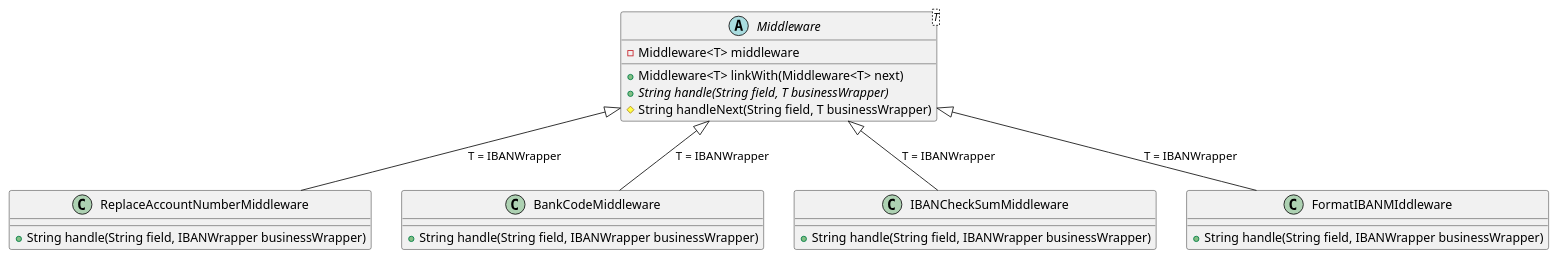
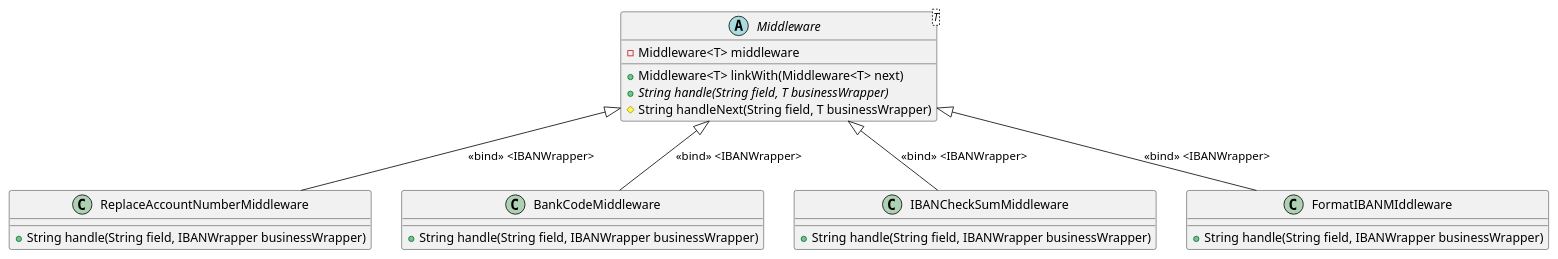
One commit to Edelmetall/LoremIpsum changed the diagram in documentation/chainOfResponsibility.puml. Above: the diagram before and after it, drawn with PlantUML. The commit also changed 3 other files, not shown here.

```diff
--- a/documentation/chainOfResponsibility.puml
+++ b/documentation/chainOfResponsibility.puml
@@ -1,39 +1,39 @@
 @startuml
 'https://plantuml.com/class-diagram
 
 abstract class Middleware<T>{
 - Middleware<T> middleware
 
 
 + Middleware<T> linkWith(Middleware<T> next)
 + {abstract} String handle(String field, T businessWrapper)
 # String handleNext(String field, T businessWrapper)
 
 }
 
 class  ReplaceAccountNumberMiddleware {
 + String handle(String field, IBANWrapper businessWrapper)
 }
 
 
 class  BankCodeMiddleware {
 + String handle(String field, IBANWrapper businessWrapper)
 }
 
 class  IBANCheckSumMiddleware {
 + String handle(String field, IBANWrapper businessWrapper)
 }
 
 class  FormatIBANMIddleware {
 + String handle(String field, IBANWrapper businessWrapper)
 }
 
-Middleware <|-- ReplaceAccountNumberMiddleware : "T = IBANWrapper"
-Middleware <|-- BankCodeMiddleware : "T = IBANWrapper"
-Middleware <|-- IBANCheckSumMiddleware : "T = IBANWrapper"
-Middleware <|-- FormatIBANMIddleware : "T = IBANWrapper"
+Middleware <|-- ReplaceAccountNumberMiddleware : "<<bind>> <IBANWrapper>"
+Middleware <|-- BankCodeMiddleware : "<<bind>> <IBANWrapper>"
+Middleware <|-- IBANCheckSumMiddleware : "<<bind>> <IBANWrapper>"
+Middleware <|-- FormatIBANMIddleware : "<<bind>> <IBANWrapper>"
 
 
 
 
 @enduml
```
